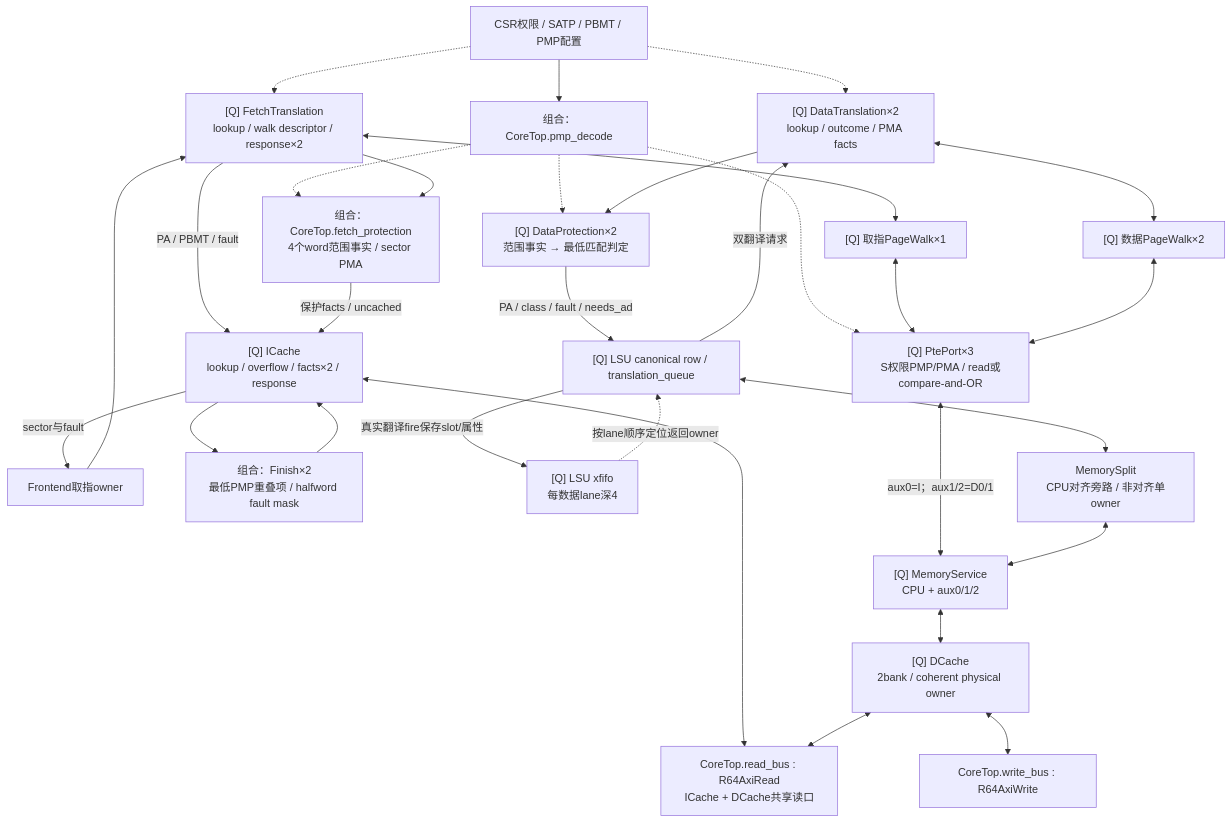
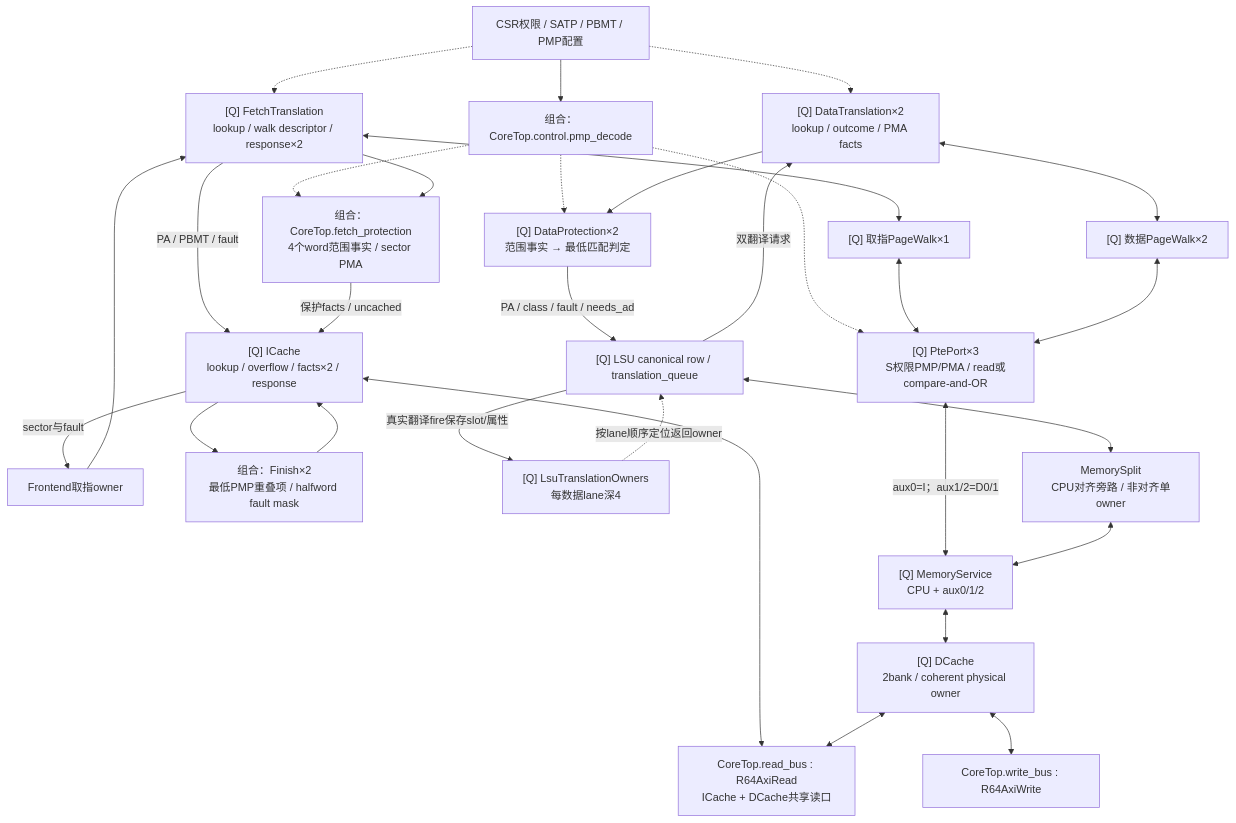
One commit to mcsaver/oscpu changed the diagram in npc/rv64/vsrc/memory/TOPOLOGY.md. Above: the diagram before and after it, drawn with Mermaid. The commit also changed other lines of this file and 30 other files, not shown here.

````diff
--- a/npc/rv64/vsrc/memory/TOPOLOGY.md
+++ b/npc/rv64/vsrc/memory/TOPOLOGY.md
@@ -84,47 +87,47 @@
 ```mermaid
 flowchart TB
   CSR["CSR权限 / SATP / PBMT / PMP配置"]
-  PMP["组合：CoreTop.pmp_decode"]
+  PMP["组合：CoreTop.control.pmp_decode"]
   FE["Frontend取指owner"]
   FT["[Q] FetchTranslation<br/>lookup / walk descriptor / response×2"]
   FPRE["组合：CoreTop.fetch_protection<br/>4个word范围事实 / sector PMA"]
   IC["[Q] ICache<br/>lookup / overflow / facts×2 / response"]
   FEND["组合：Finish×2<br/>最低PMP重叠项 / halfword fault mask"]
   LSQ["[Q] LSU canonical row / translation_queue"]
-  XF["[Q] LSU xfifo<br/>每数据lane深4"]
+  XF["[Q] LsuTranslationOwners<br/>每数据lane深4"]
   DT["[Q] DataTranslation×2<br/>lookup / outcome / PMA facts"]
   DP["[Q] DataProtection×2<br/>范围事实 → 最低匹配判定"]
   IW["[Q] 取指PageWalk×1"]
   DW["[Q] 数据PageWalk×2"]
   PP["[Q] PtePort×3<br/>S权限PMP/PMA / read或compare-and-OR"]
   SPLIT["MemorySplit<br/>CPU对齐旁路 / 非对齐单owner"]
   SERVICE["[Q] MemoryService<br/>CPU + aux0/1/2"]
   DC["[Q] DCache<br/>2bank / coherent physical owner"]
   RD["CoreTop.read_bus : R64AxiRead<br/>ICache + DCache共享读口"]
   WR["CoreTop.write_bus : R64AxiWrite"]
 
   CSR -.-> FT
   CSR -.-> DT
   CSR --> PMP
   PMP -.-> FPRE
   PMP -.-> DP
   PMP -.-> PP
   FE --> FT
   FT -->|PA / PBMT / fault| IC
   FT --> FPRE -->|保护facts / uncached| IC
   IC --> FEND --> IC
   IC -->|sector与fault| FE
   FT <--> IW
   LSQ -->|双翻译请求| DT
   LSQ -->|真实翻译fire保存slot/属性| XF
   DT --> DP -->|PA / class / fault / needs_ad| LSQ
   XF -.->|按lane顺序定位返回owner| LSQ
   DT <--> DW
   IW <--> PP
   DW <--> PP
   PP <-->|aux0=I；aux1/2=D0/1| SERVICE
   LSQ <--> SPLIT <--> SERVICE <--> DC
   IC <--> RD
   DC <--> RD
   DC <--> WR
 ```
````
